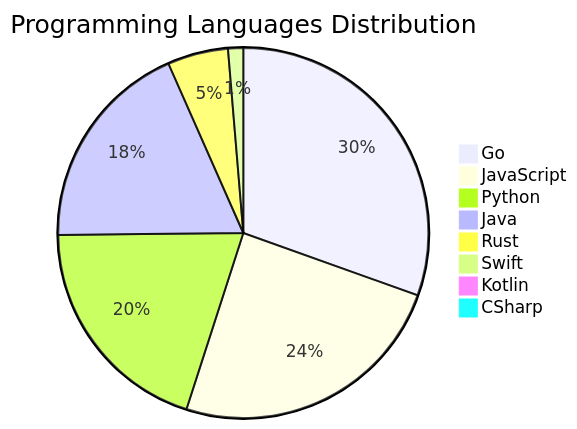
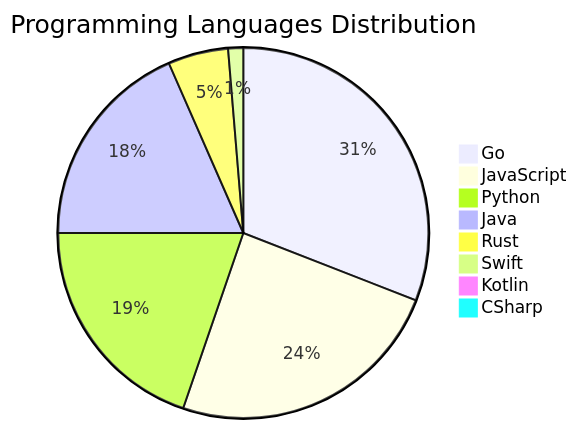
Before and after one commit to Derrick-MUGISHA/github-activity-bot: the diagram in README.md, drawn with Mermaid. The commit also changed other lines of this file and 4 other files, not shown here.

````diff
--- a/README.md
+++ b/README.md
@@ -210,11 +210,11 @@
 ```mermaid
 pie title Programming Languages Distribution
-    "Go" : 46
+    "Go" : 47
     "JavaScript" : 37
     "Python" : 30
     "Java" : 28
     "Rust" : 8
     "Swift" : 2
     "Kotlin" : 1
     "CSharp" : 1
 ```
````
